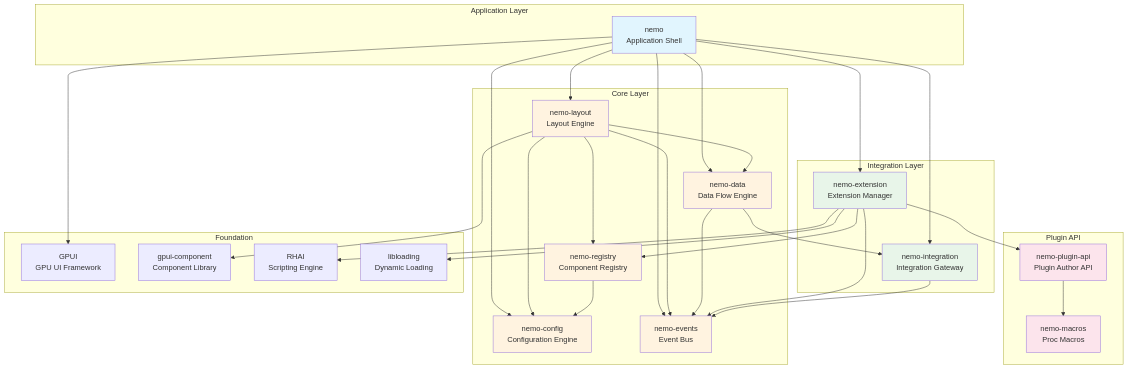
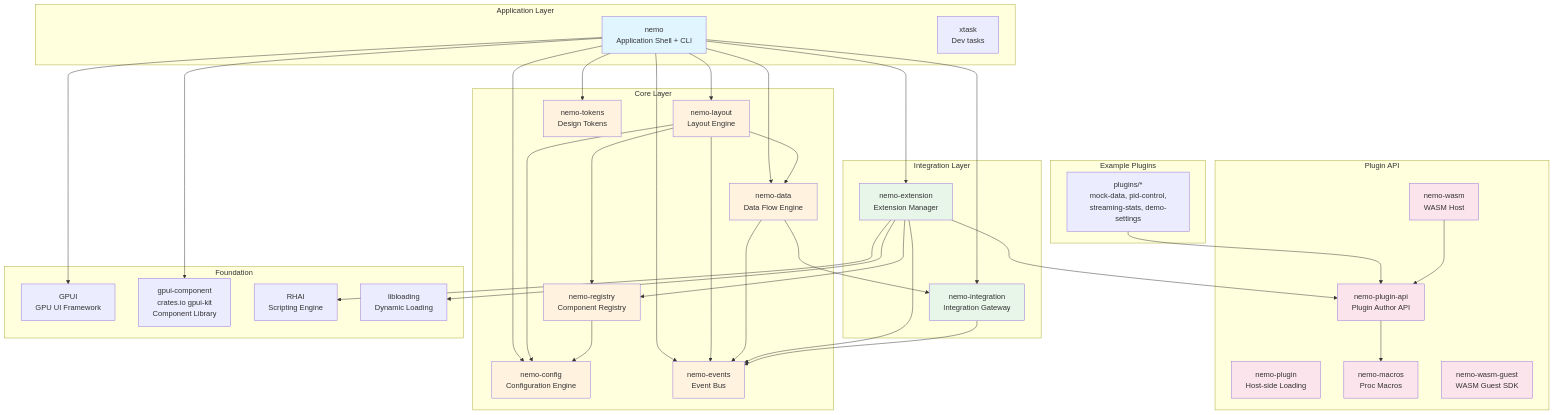
The second of 17 diagrams in docs/public/architecture.md (geoffjay/nemo), drawn with Mermaid before and after one commit. The commit also changed other lines of this file and 3 other files, not shown here.

````diff
--- a/docs/public/architecture.md
+++ b/docs/public/architecture.md
@@ -47,30 +46,39 @@
 ```mermaid
 graph TB
     subgraph "Application Layer"
-        nemo[nemo<br/>Application Shell]
+        nemo[nemo<br/>Application Shell + CLI]
+        xtask[xtask<br/>Dev tasks]
     end
-    
+
     subgraph "Core Layer"
         config[nemo-config<br/>Configuration Engine]
         layout[nemo-layout<br/>Layout Engine]
         data[nemo-data<br/>Data Flow Engine]
         registry[nemo-registry<br/>Component Registry]
         events[nemo-events<br/>Event Bus]
+        tokens[nemo-tokens<br/>Design Tokens]
     end
-    
+
     subgraph "Integration Layer"
         integration[nemo-integration<br/>Integration Gateway]
         extension[nemo-extension<br/>Extension Manager]
     end
-    
+
     subgraph "Plugin API"
         plugin_api[nemo-plugin-api<br/>Plugin Author API]
+        plugin[nemo-plugin<br/>Host-side Loading]
         macros[nemo-macros<br/>Proc Macros]
+        wasm[nemo-wasm<br/>WASM Host]
+        wasm_guest[nemo-wasm-guest<br/>WASM Guest SDK]
     end
-    
+
+    subgraph "Example Plugins"
+        plugins[plugins/*<br/>mock-data, pid-control,<br/>streaming-stats, demo-settings]
+    end
+
     subgraph "Foundation"
         gpui[GPUI<br/>GPU UI Framework]
-        gpui_comp[gpui-component<br/>Component Library]
+        gpui_comp[gpui-component<br/>crates.io gpui-kit<br/>Component Library]
         rhai[RHAI<br/>Scripting Engine]
         libloading[libloading<br/>Dynamic Loading]
     end
@@ -81,38 +89,45 @@
     nemo --> events
     nemo --> extension
     nemo --> integration
-    
+    nemo --> tokens
+
     layout --> config
     layout --> registry
     layout --> data
     layout --> events
-    
+
     data --> events
     data --> integration
-    
+
     extension --> plugin_api
     extension --> rhai
     extension --> libloading
     extension --> registry
     extension --> events
-    
+
     registry --> config
-    
+
     integration --> events
-    
+
     plugin_api --> macros
-    
+    plugins --> plugin_api
+    wasm --> plugin_api
+
     nemo --> gpui
-    layout --> gpui_comp
-    
+    nemo --> gpui_comp
+
     style nemo fill:#e1f5fe
     style config fill:#fff3e0
     style layout fill:#fff3e0
     style data fill:#fff3e0
     style registry fill:#fff3e0
     style events fill:#fff3e0
+    style tokens fill:#fff3e0
     style integration fill:#e8f5e9
     style extension fill:#e8f5e9
     style plugin_api fill:#fce4ec
+    style plugin fill:#fce4ec
     style macros fill:#fce4ec
+    style wasm fill:#fce4ec
+    style wasm_guest fill:#fce4ec
 ```
````
